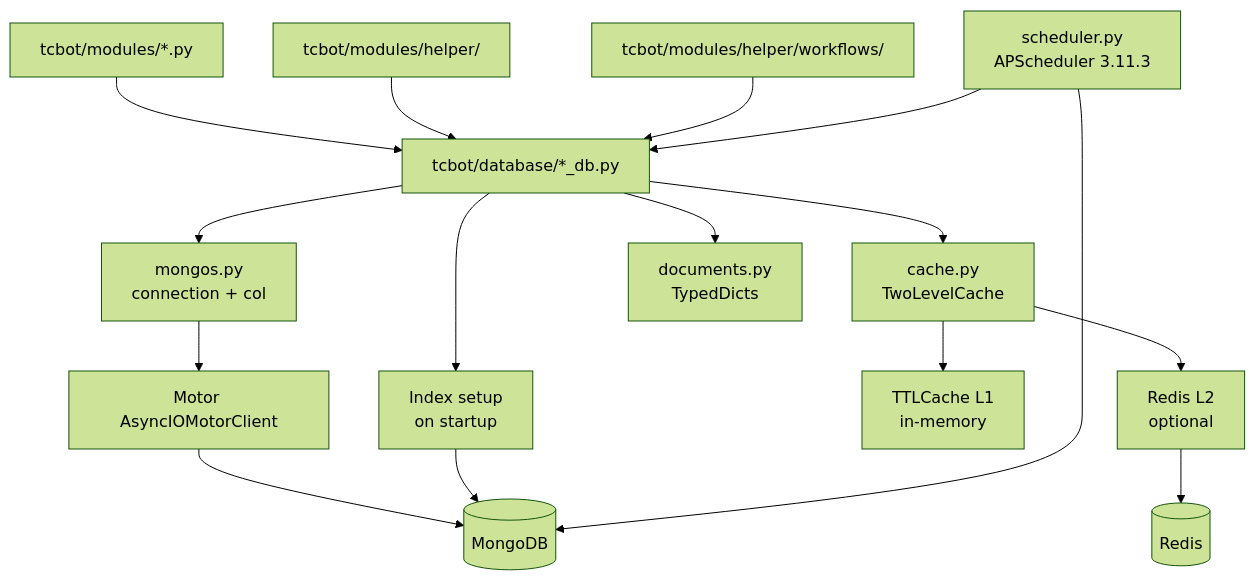
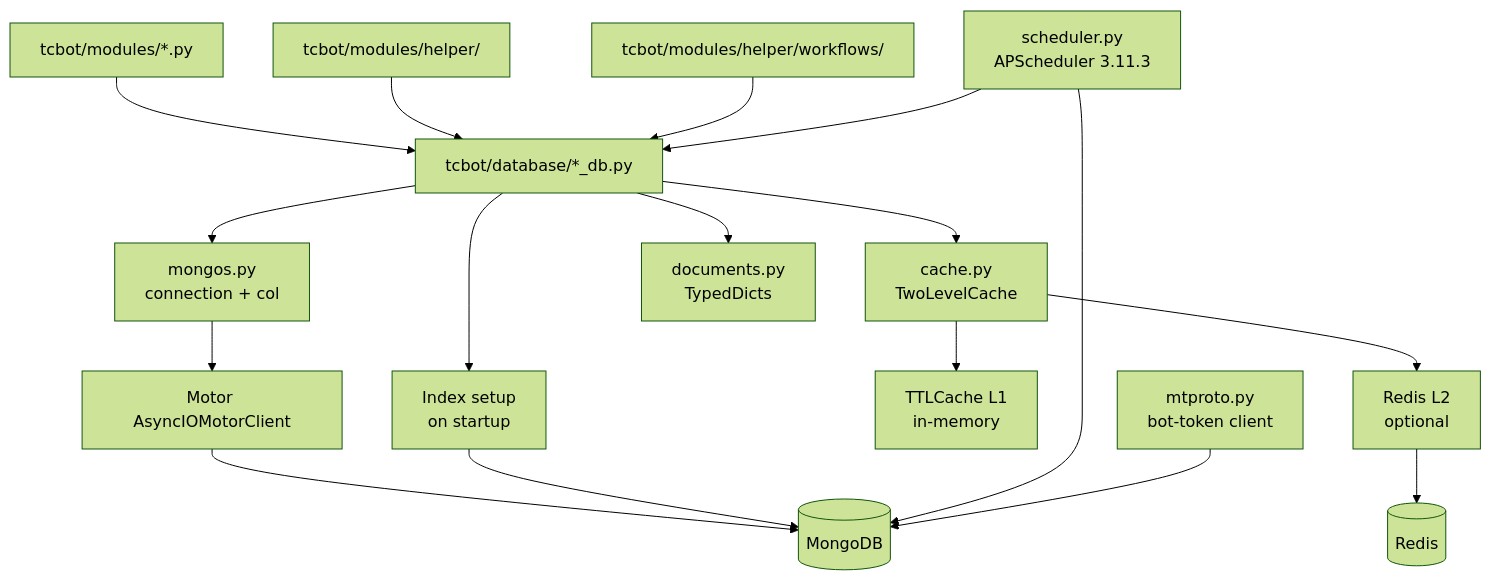
Before and after one commit to D1ZZY4/tcbot: the diagram in docs/architecture/database.md, drawn with Mermaid (forest theme). The commit also changed other lines of this file and 13 other files, not shown here.

First line of the commit message:
feat(mtproto): bot-token session only, drop user-session path

````diff
--- a/docs/architecture/database.md
+++ b/docs/architecture/database.md
@@ -9,18 +9,19 @@
 ```mermaid
 flowchart TD
     Modules[tcbot/modules/*.py] --> DBHelpers[tcbot/database/*_db.py]
     Helpers[tcbot/modules/helper/] --> DBHelpers
     Workflows[tcbot/modules/helper/workflows/] --> DBHelpers
     DBHelpers --> Mongos[mongos.py<br/>connection + col]
     DBHelpers --> Cache[cache.py<br/>TwoLevelCache]
     DBHelpers --> Documents[documents.py<br/>TypedDicts]
     Mongos --> Motor[Motor AsyncIOMotorClient]
     Motor --> MongoDB[(MongoDB)]
     DBHelpers --> Indexes[Index setup<br/>on startup]
     Indexes --> MongoDB
     Cache --> L1[TTLCache L1<br/>in-memory]
     Cache --> L2[Redis L2<br/>optional]
     L2 --> Redis[(Redis)]
     Scheduler[scheduler.py<br/>APScheduler 3.11.3] --> MongoDB
     Scheduler --> DBHelpers
+    MTProto[mtproto.py<br/>bot-token client] --> MongoDB
 ```
````
